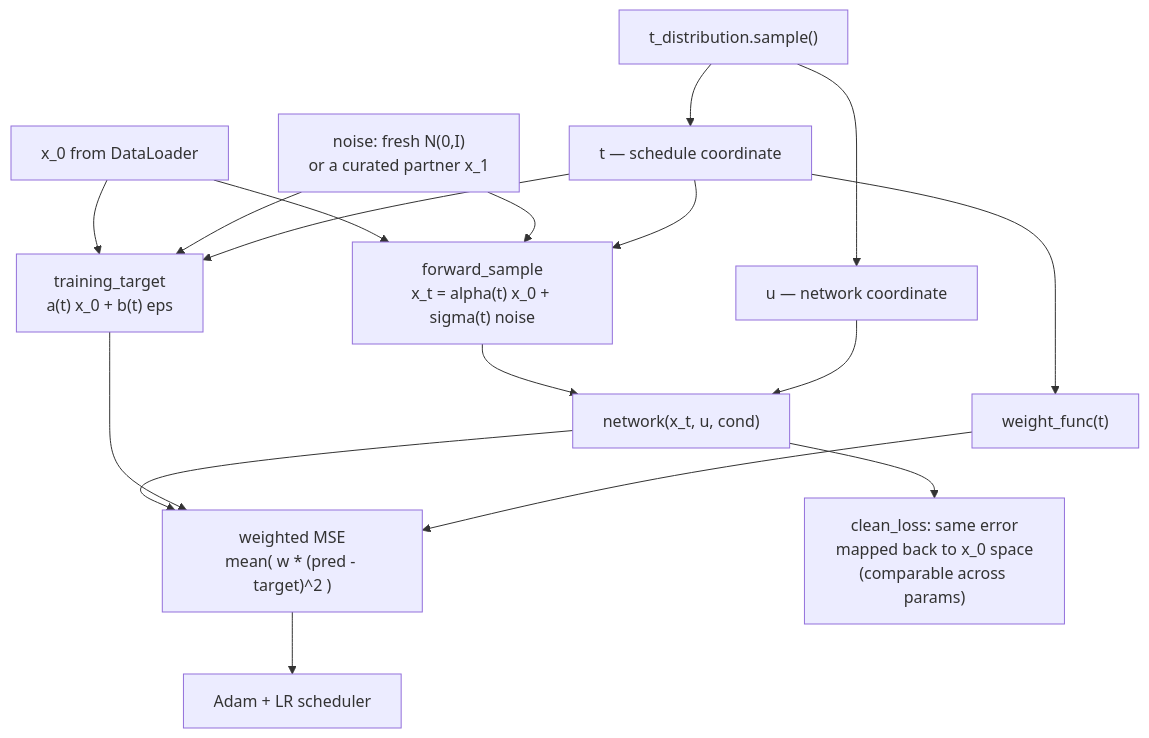
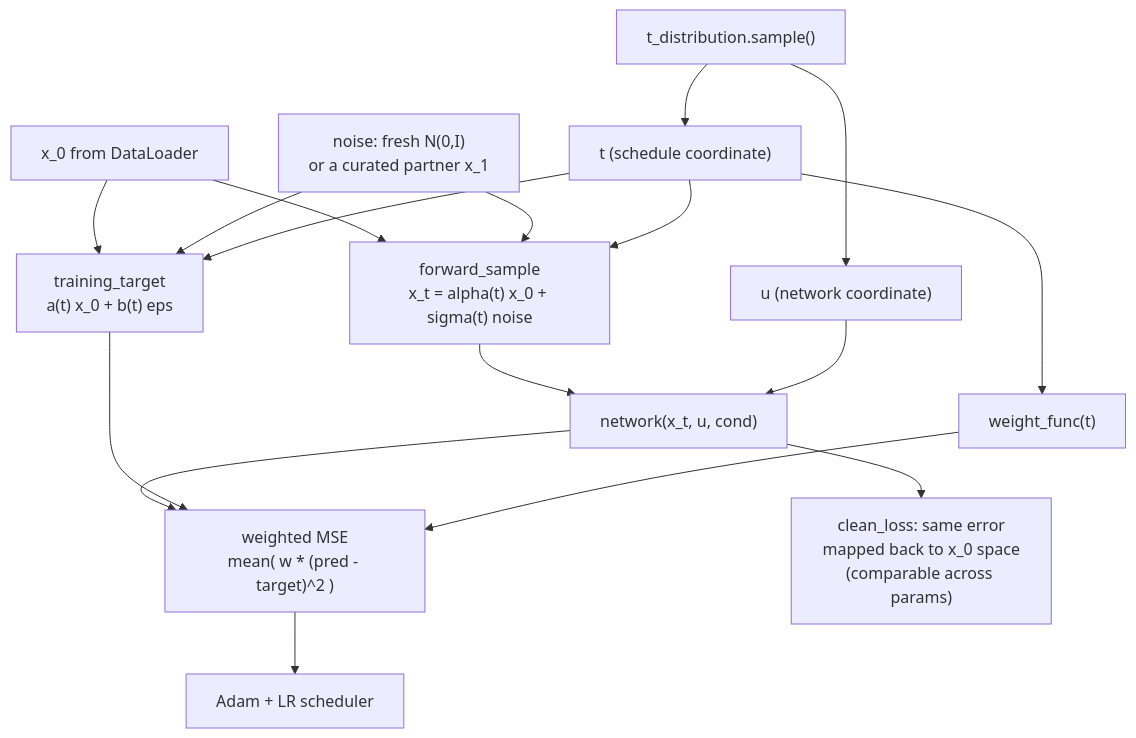
One commit to nkrygernelson/nkrygernelson.github.io changed the third of 4 diagrams in POD.md. Above: the diagram before and after it, drawn with Mermaid. The commit also changed other lines of this file and 11 other files, not shown here.

```diff
--- a/POD.md
+++ b/POD.md
@@ -159,25 +159,25 @@
 <pre class="mermaid">
 flowchart TB
-  TDS["t_distribution.sample()"] --> T["t — schedule coordinate"]
-  TDS --> U["u — network coordinate"]
+  TDS["t_distribution.sample()"] --> T["t (schedule coordinate)"]
+  TDS --> U["u (network coordinate)"]
 
   X0["x_0 from DataLoader"] --> FS
   NZ["noise: fresh N(0,I)<br/>or a curated partner x_1"] --> FS
   T --> FS["forward_sample<br/>x_t = alpha(t) x_0 + sigma(t) noise"]
 
   FS --> NET["network(x_t, u, cond)"]
   U --> NET
 
   X0 --> TGT["training_target<br/>a(t) x_0 + b(t) eps"]
   NZ --> TGT
   T --> TGT
 
   T --> WF["weight_func(t)"]
 
   NET --> L["weighted MSE<br/>mean( w * (pred - target)^2 )"]
   TGT --> L
   WF --> L
 
   L --> BP["Adam + LR scheduler"]
   NET --> DIAG["clean_loss: same error<br/>mapped back to x_0 space<br/>(comparable across params)"]
 </pre>
```
